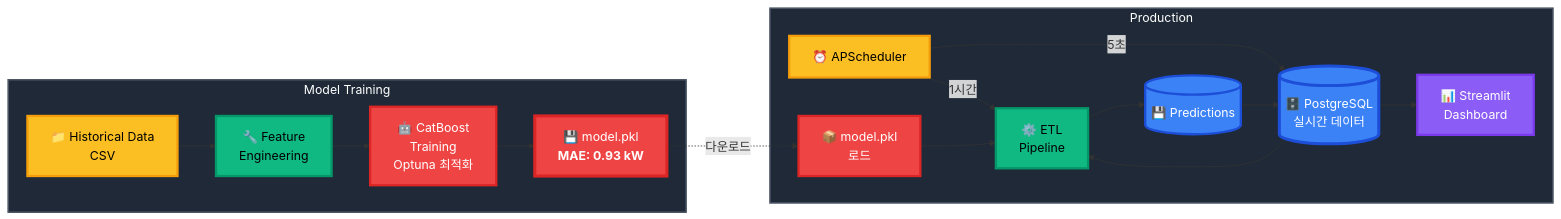
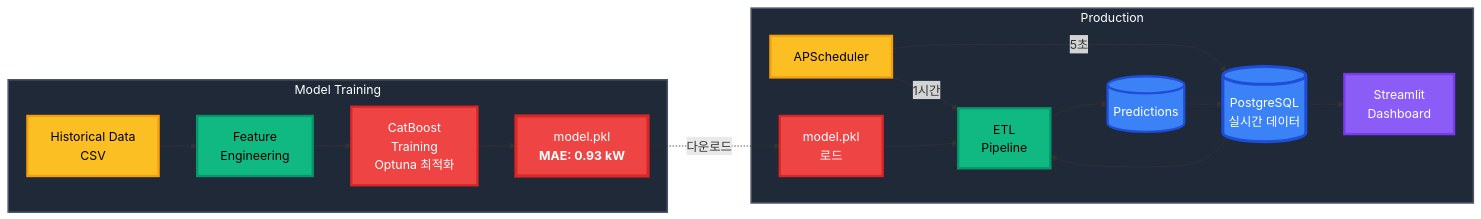
One commit to ParkJH0313/smart-factory-power changed the fifth of 8 diagrams in README.md. Above: the diagram before and after it, drawn with Mermaid.

Commit message:
Update Mermaid diagram formatting in README

````diff
--- a/README.md
+++ b/README.md
@@ -151,44 +151,44 @@
 ```mermaid
 graph LR
     subgraph Training[" Model Training "]
-        T1["📁 Historical Data<br/>CSV"]
-        T2["🔧 Feature<br/>Engineering"]
-        T3["🤖 CatBoost<br/>Training<br/>Optuna 최적화"]
-        T4["💾 model.pkl<br/><b>MAE: 0.93 kW</b>"]
+        T1[" Historical Data<br/>CSV"]
+        T2[" Feature<br/>Engineering"]
+        T3[" CatBoost<br/>Training<br/>Optuna 최적화"]
+        T4[" model.pkl<br/><b>MAE: 0.93 kW</b>"]
     end
     
     subgraph Production[" Production "]
-        P1["⏰ APScheduler"]
-        P2[("🗄️ PostgreSQL<br/>실시간 데이터")]
-        P3["📦 model.pkl<br/>로드"]
-        P4["⚙️ ETL<br/>Pipeline"]
-        P5[("💾 Predictions")]
-        P6["📊 Streamlit<br/>Dashboard"]
+        P1[" APScheduler"]
+        P2[(" PostgreSQL<br/>실시간 데이터")]
+        P3[" model.pkl<br/>로드"]
+        P4[" ETL<br/>Pipeline"]
+        P5[(" Predictions")]
+        P6[" Streamlit<br/>Dashboard"]
     end
     
     T1 --> T2
     T2 --> T3
     T3 --> T4
     T4 -.->|"다운로드"| P3
     
     P1 -->|"5초"| P2
     P1 -->|"1시간"| P4
     P2 --> P4
     P3 --> P4
     P4 --> P5
     P5 --> P2
     P2 --> P6
     
     style T1 fill:#fbbf24,stroke:#f59e0b,stroke-width:3px,color:#000
     style T2 fill:#10b981,stroke:#059669,stroke-width:3px,color:#000
     style T3 fill:#ef4444,stroke:#dc2626,stroke-width:3px,color:#fff
     style T4 fill:#ef4444,stroke:#dc2626,stroke-width:4px,color:#fff
     style P1 fill:#fbbf24,stroke:#f59e0b,stroke-width:3px,color:#000
     style P2 fill:#3b82f6,stroke:#1d4ed8,stroke-width:4px,color:#fff
     style P3 fill:#ef4444,stroke:#dc2626,stroke-width:3px,color:#fff
     style P4 fill:#10b981,stroke:#059669,stroke-width:3px,color:#000
     style P5 fill:#3b82f6,stroke:#1d4ed8,stroke-width:3px,color:#fff
     style P6 fill:#8b5cf6,stroke:#7c3aed,stroke-width:3px,color:#fff
     style Training fill:#1f2937,stroke:#4b5563,stroke-width:2px,color:#fff
     style Production fill:#1f2937,stroke:#4b5563,stroke-width:2px,color:#fff
 ```
````
